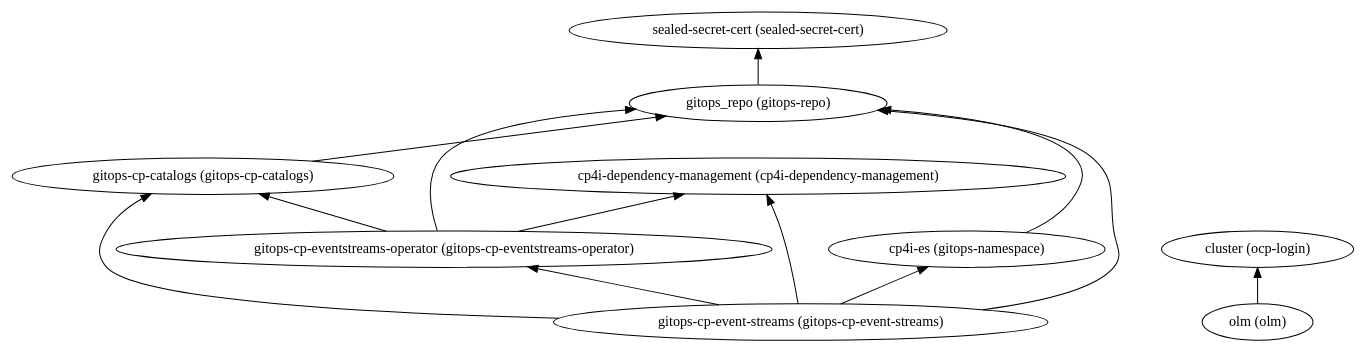
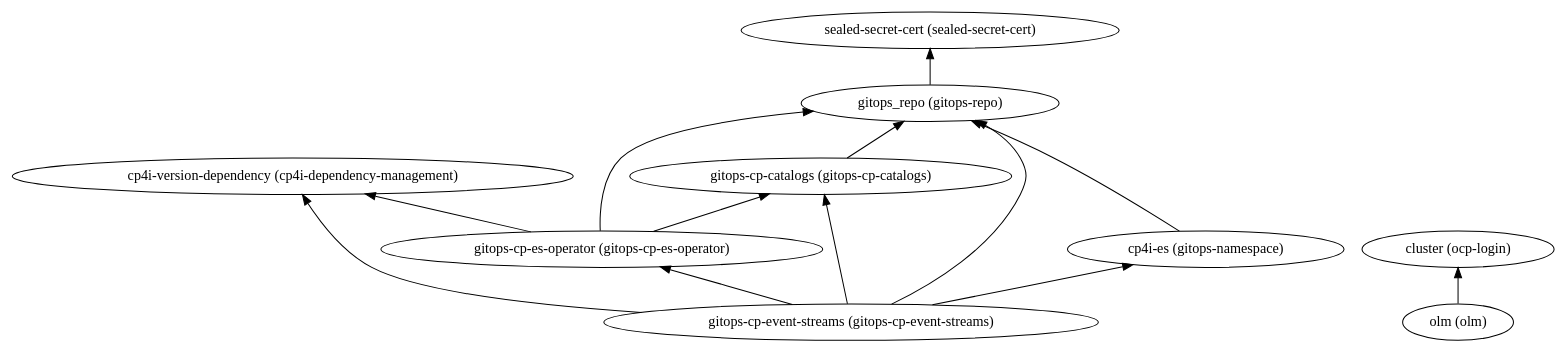
The diagram in 250-integration-eventstreams/dependencies.dot (IBM/automation-integration-platform), drawn with Graphviz before and after one commit. The commit also changed 74 other files, not shown here.

```diff
--- a/250-integration-eventstreams/dependencies.dot
+++ b/250-integration-eventstreams/dependencies.dot
@@ -1,24 +1,24 @@
 digraph {
     rankdir="BT"
-    "gitops-cp-catalogs (gitops-cp-catalogs)" -> "gitops_repo (gitops-repo)"
+    "cp4i-version-dependency (cp4i-dependency-management)"
+"gitops-cp-catalogs (gitops-cp-catalogs)" -> "gitops_repo (gitops-repo)"
 "gitops-cp-catalogs (gitops-cp-catalogs)"
 "gitops_repo (gitops-repo)" -> "sealed-secret-cert (sealed-secret-cert)"
 "gitops_repo (gitops-repo)"
 "sealed-secret-cert (sealed-secret-cert)"
+"gitops-cp-es-operator (gitops-cp-es-operator)" -> "gitops_repo (gitops-repo)"
+"gitops-cp-es-operator (gitops-cp-es-operator)" -> "gitops-cp-catalogs (gitops-cp-catalogs)"
+"gitops-cp-es-operator (gitops-cp-es-operator)" -> "cp4i-version-dependency (cp4i-dependency-management)"
+"gitops-cp-es-operator (gitops-cp-es-operator)"
 "gitops-cp-event-streams (gitops-cp-event-streams)" -> "gitops_repo (gitops-repo)"
 "gitops-cp-event-streams (gitops-cp-event-streams)" -> "gitops-cp-catalogs (gitops-cp-catalogs)"
-"gitops-cp-event-streams (gitops-cp-event-streams)" -> "cp4i-dependency-management (cp4i-dependency-management)"
+"gitops-cp-event-streams (gitops-cp-event-streams)" -> "cp4i-version-dependency (cp4i-dependency-management)"
 "gitops-cp-event-streams (gitops-cp-event-streams)" -> "cp4i-es (gitops-namespace)"
-"gitops-cp-event-streams (gitops-cp-event-streams)" -> "gitops-cp-eventstreams-operator (gitops-cp-eventstreams-operator)"
+"gitops-cp-event-streams (gitops-cp-event-streams)" -> "gitops-cp-es-operator (gitops-cp-es-operator)"
 "gitops-cp-event-streams (gitops-cp-event-streams)"
-"cp4i-dependency-management (cp4i-dependency-management)"
 "cp4i-es (gitops-namespace)" -> "gitops_repo (gitops-repo)"
 "cp4i-es (gitops-namespace)"
-"gitops-cp-eventstreams-operator (gitops-cp-eventstreams-operator)" -> "gitops_repo (gitops-repo)"
-"gitops-cp-eventstreams-operator (gitops-cp-eventstreams-operator)" -> "gitops-cp-catalogs (gitops-cp-catalogs)"
-"gitops-cp-eventstreams-operator (gitops-cp-eventstreams-operator)" -> "cp4i-dependency-management (cp4i-dependency-management)"
-"gitops-cp-eventstreams-operator (gitops-cp-eventstreams-operator)"
 "cluster (ocp-login)"
 "olm (olm)" -> "cluster (ocp-login)"
 "olm (olm)"
   }
```
